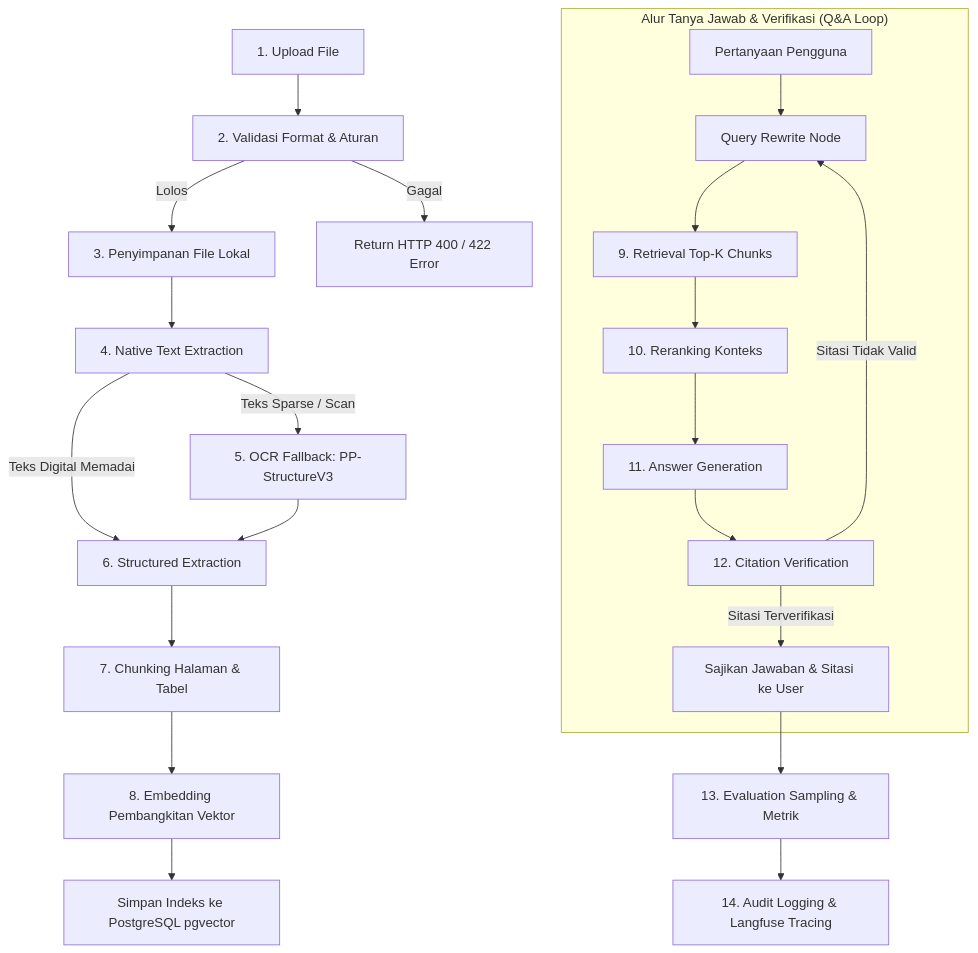
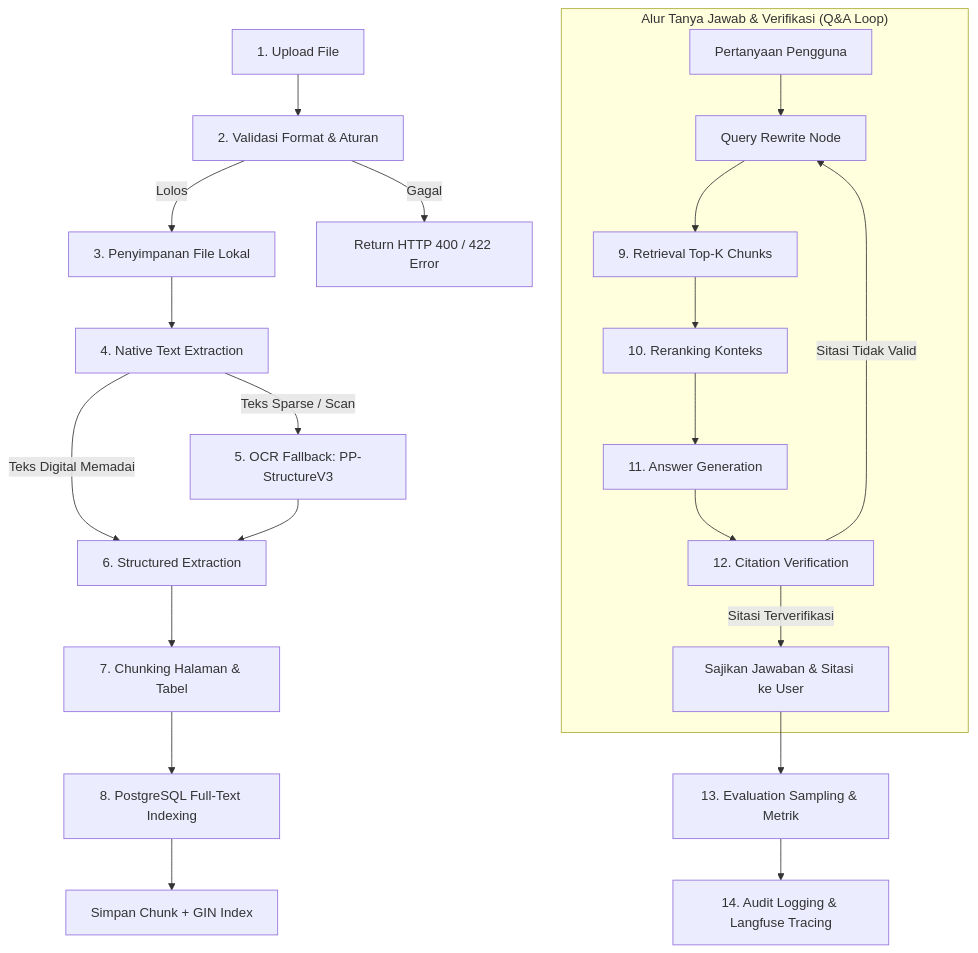
The diagram in docs/DATA_FLOW.md (7z1x/multimodal-document-intelligence), drawn with Mermaid before and after one commit. The commit also changed other lines of this file and 46 other files, not shown here.

````diff
--- a/docs/DATA_FLOW.md
+++ b/docs/DATA_FLOW.md
@@ -15,26 +15,26 @@
 ```mermaid
 flowchart TD
     A[1. Upload File] --> B[2. Validasi Format & Aturan]
     B -- Gagal --> ERR1[Return HTTP 400 / 422 Error]
     B -- Lolos --> C[3. Penyimpanan File Lokal]
     C --> D[4. Native Text Extraction]
     D -- Teks Sparse / Scan --> E[5. OCR Fallback: PP-StructureV3]
     D -- Teks Digital Memadai --> F[6. Structured Extraction]
     E --> F
     F --> G[7. Chunking Halaman & Tabel]
-    G --> H[8. Embedding Pembangkitan Vektor]
-    H --> I[Simpan Indeks ke PostgreSQL pgvector]
+    G --> H[8. PostgreSQL Full-Text Indexing]
+    H --> I[Simpan Chunk + GIN Index]
 
     subgraph QueryFlow ["Alur Tanya Jawab & Verifikasi (Q&A Loop)"]
         Q[Pertanyaan Pengguna] --> J[Query Rewrite Node]
         J --> K[9. Retrieval Top-K Chunks]
         K --> L[10. Reranking Konteks]
         L --> M[11. Answer Generation]
         M --> N[12. Citation Verification]
         N -- Sitasi Tidak Valid --> J
         N -- Sitasi Terverifikasi --> RESP[Sajikan Jawaban & Sitasi ke User]
     end
 
     RESP --> O[13. Evaluation Sampling & Metrik]
     O --> P[14. Audit Logging & Langfuse Tracing]
 ```
````
